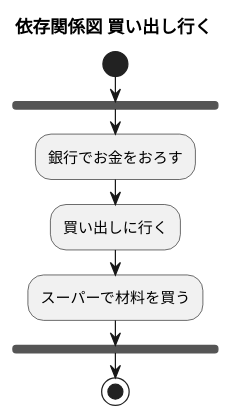
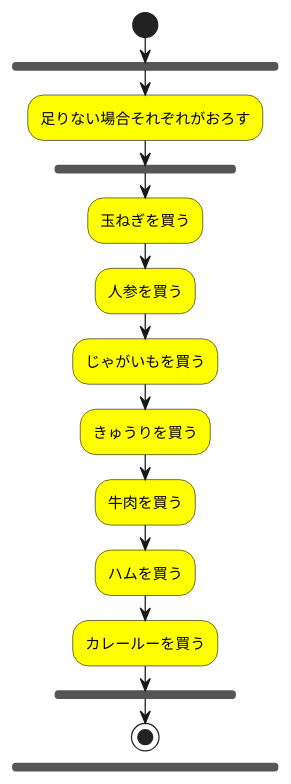
One commit to kowadatouya/dinner_project changed the diagram in 夕食を作る/依存関係図_買い出しに行く.pu. Above: the diagram before and after it, drawn with PlantUML.

```diff
--- a/夕食を作る/依存関係図_買い出しに行く.pu
+++ b/夕食を作る/依存関係図_買い出しに行く.pu
@@ -1,12 +1,15 @@
-@startuml 買い出しを行く
-
-title 依存関係図 買い出し行く
+@startuml 買い出しを行くのアクティビティ図
 start
 fork
-    :銀行でお金をおろす;
-    :買い出しに行く;
-    :スーパーで材料を買う;
+    #Yellow:足りない場合それぞれがおろす;
+fork
+    #Yellow:玉ねぎを買う;
+    #Yellow:人参を買う;
+    #Yellow:じゃがいもを買う;
+    #Yellow:きゅうりを買う;
+    #Yellow:牛肉を買う;
+    #Yellow:ハムを買う;
+    #Yellow:カレールーを買う;
 end fork
 stop
-
 @enduml
```
